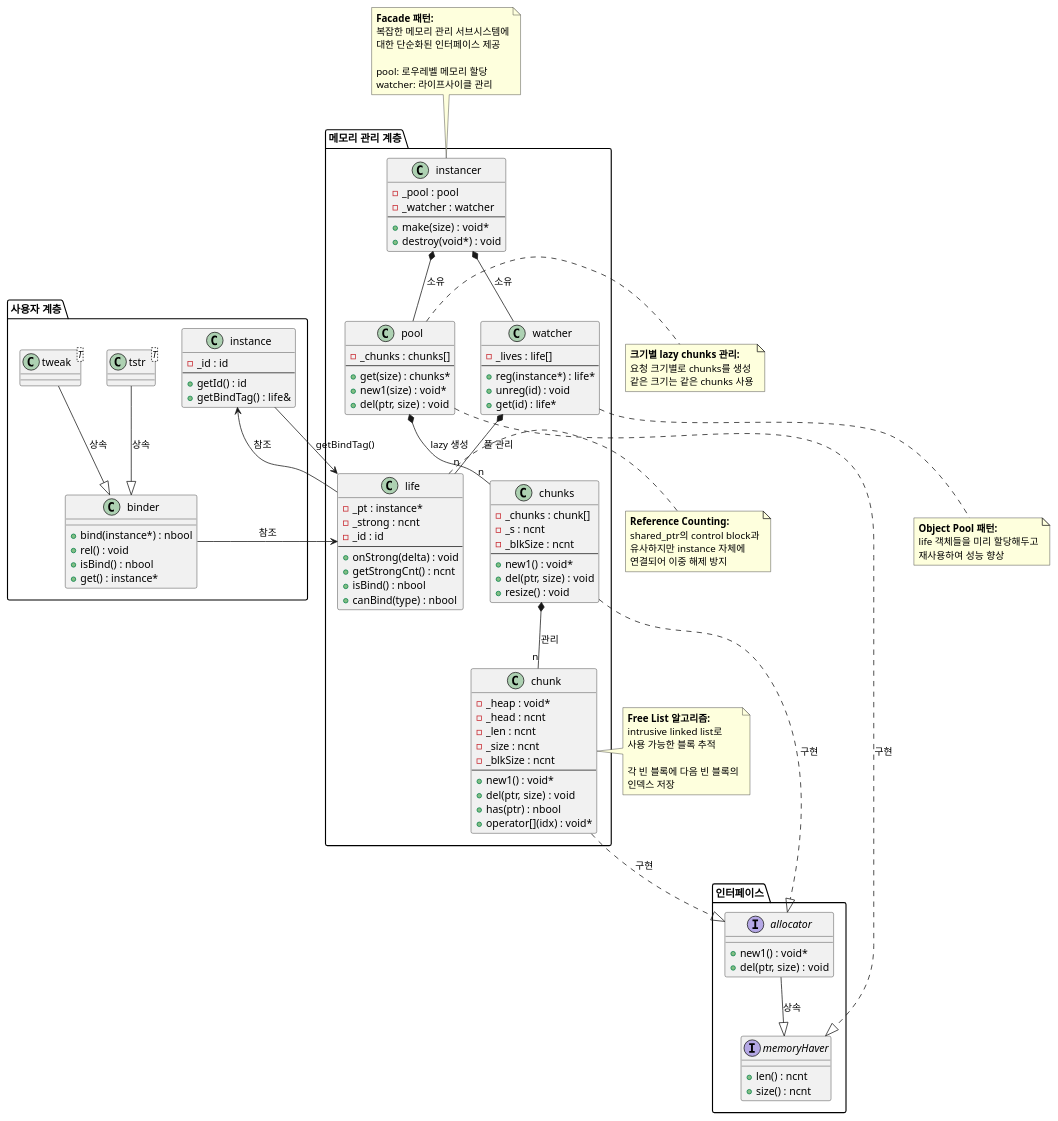
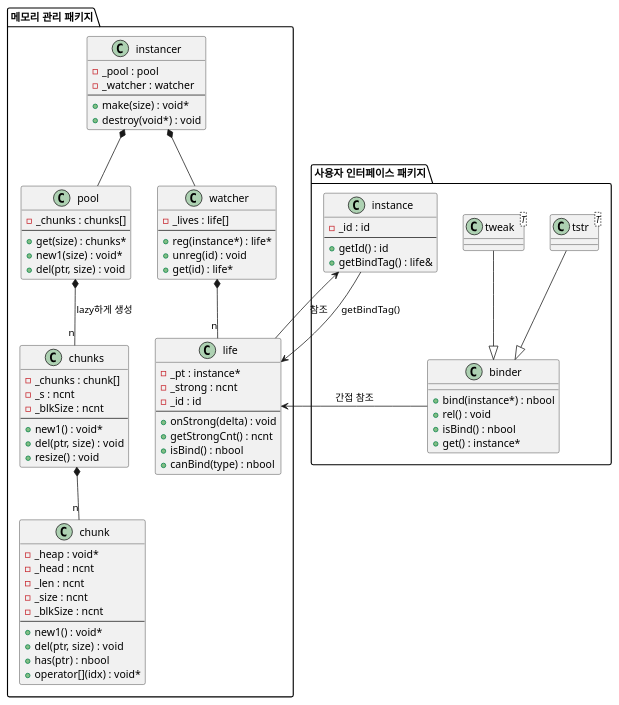
One commit to byeolang/byeol changed the first of 5 diagrams in doc/ref/ko/ag-architecture-memlite.md. Above: the diagram before and after it, drawn with PlantUML. The commit also changed other lines of this file, not shown here.

```diff
--- a/doc/ref/ko/ag-architecture-memlite.md
+++ b/doc/ref/ko/ag-architecture-memlite.md
@@ -10,5 +19,5 @@
 @startuml
-package "메모리 관리 계층" {
+package "메모리 관리 패키지" {
     class "instancer" as instancer {
         - _pool : pool
         - _watcher : watcher
@@ -68,19 +77,7 @@
     }
 }
 
-package "인터페이스" {
-    interface "memoryHaver" as memoryHaver {
-        + len() : ncnt
-        + size() : ncnt
-    }
-
-    interface "allocator" as allocator {
-        + new1() : void*
-        + del(ptr, size) : void
-    }
-}
-
-package "사용자 계층" {
+package "사용자 인터페이스 패키지" {
     class "instance" as instance {
         - _id : id
         ---
@@ -99,58 +96,16 @@
     class "tweak<T>" as tweak
 }
 
-note top of instancer
-  <b>Facade 패턴:</b>
-  복잡한 메모리 관리 서브시스템에
-  대한 단순화된 인터페이스 제공
-
-  pool: 로우레벨 메모리 할당
-  watcher: 라이프사이클 관리
-end note
-
-note right of pool
-  <b>크기별 lazy chunks 관리:</b>
-  요청 크기별로 chunks를 생성
-  같은 크기는 같은 chunks 사용
-end note
-
-note right of chunk
-  <b>Free List 알고리즘:</b>
-  intrusive linked list로
-  사용 가능한 블록 추적
-
-  각 빈 블록에 다음 빈 블록의
-  인덱스 저장
-end note
-
-note bottom of watcher
-  <b>Object Pool 패턴:</b>
-  life 객체들을 미리 할당해두고
-  재사용하여 성능 향상
-end note
-
-note right of life
-  <b>Reference Counting:</b>
-  shared_ptr의 control block과
-  유사하지만 instance 자체에
-  연결되어 이중 해제 방지
-end note
-
-instancer *-- pool : 소유
-instancer *-- watcher : 소유
-pool *-- "n" chunks : lazy 생성
-chunks *-- "n" chunk : 관리
-watcher *-- "n" life : 풀 관리
+instancer *-- pool
+instancer *-- watcher
+pool *-- "n" chunks : lazy하게 생성
+chunks *-- "n" chunk
+watcher *-- "n" life
 life --> instance : 참조
 
-allocator --|> memoryHaver : 상속
-chunk ..|> allocator : 구현
-chunks ..|> allocator : 구현
-pool ..|> memoryHaver : 구현
-
-binder --> life : 참조
-tstr --|> binder : 상속
-tweak --|> binder : 상속
+binder --> life : 간접 참조
+tstr --|> binder
+tweak --|> binder
 instance --> life : getBindTag()
 
 @enduml
```
